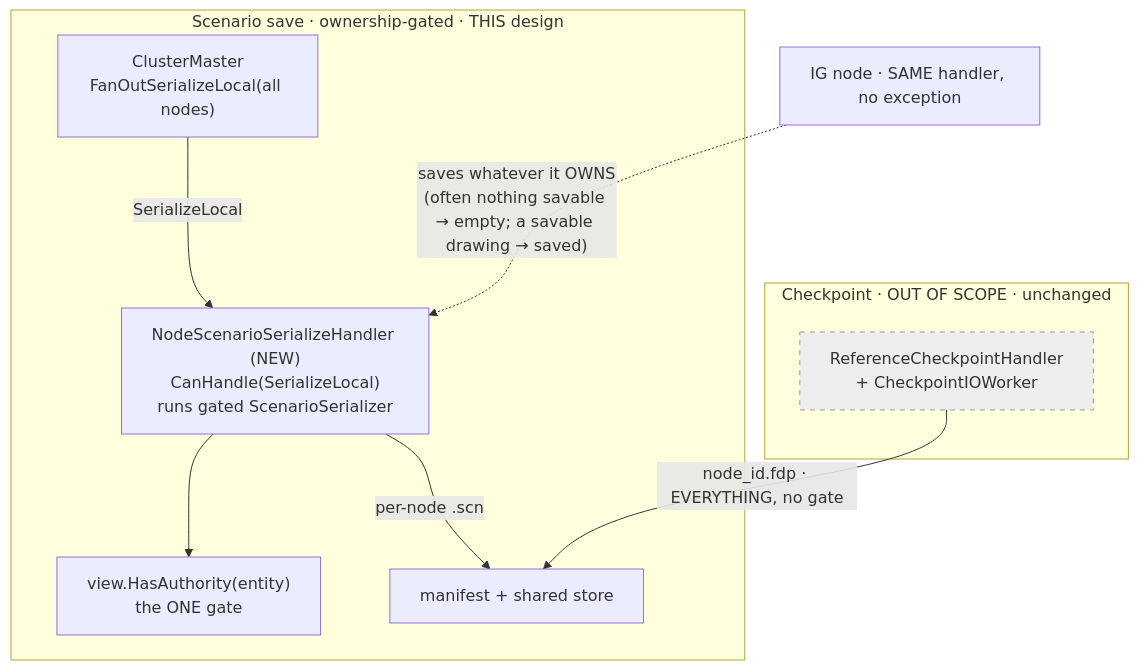
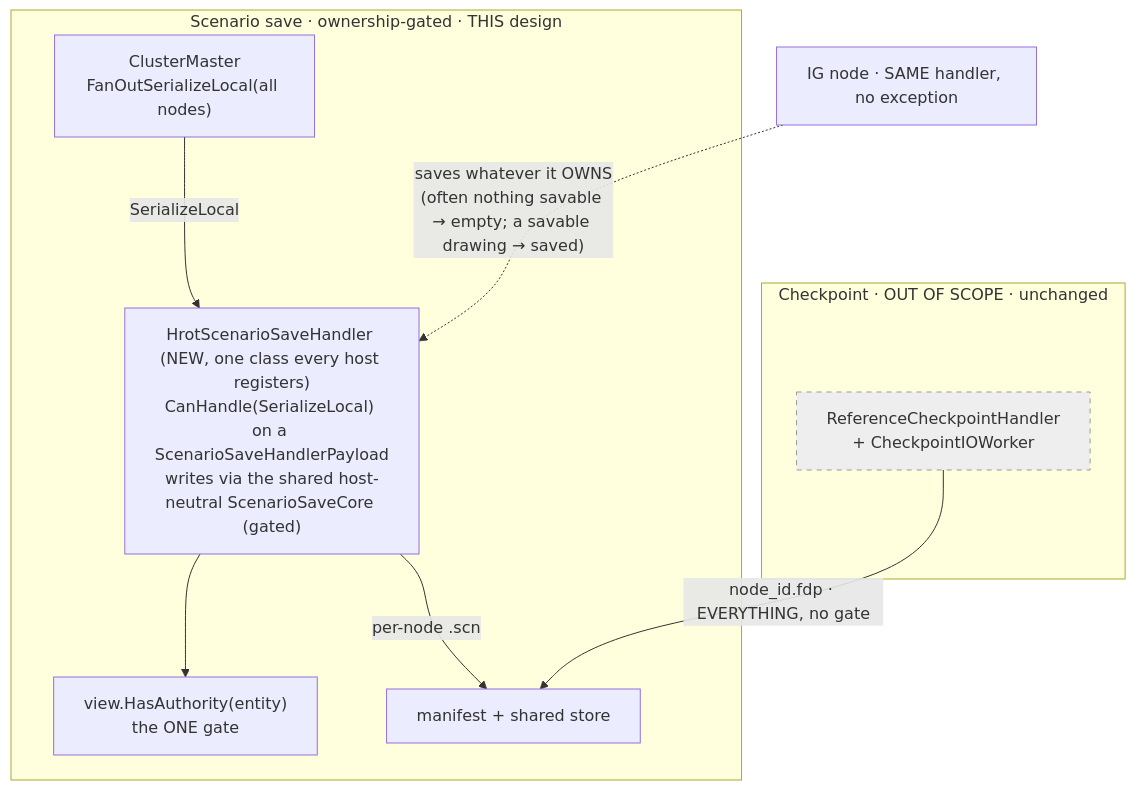
Before and after one commit to pjanec/HROT: the third of 4 diagrams in docs/DESIGN_Distributed_Scenario_Persistence.md, drawn with Mermaid. The commit also changed other lines of this file and 9 other files, not shown here.

First line of the commit message:
CE-275 Stage C2: unify scenario save on ONE host-neutral core; editor+CGF save via cluster

````diff
--- a/docs/DESIGN_Distributed_Scenario_Persistence.md
+++ b/docs/DESIGN_Distributed_Scenario_Persistence.md
@@ -224,17 +229,17 @@
 ```mermaid
 graph TD
     subgraph SGsave["Scenario save · ownership-gated · THIS design"]
       CM["ClusterMaster<br/>FanOutSerializeLocal(all nodes)"]
-      H["NodeScenarioSerializeHandler (NEW)<br/>CanHandle(SerializeLocal)<br/>runs gated ScenarioSerializer"]
+      H["HrotScenarioSaveHandler (NEW, one class every host registers)<br/>CanHandle(SerializeLocal) on a ScenarioSaveHandlerPayload<br/>writes via the shared host-neutral ScenarioSaveCore (gated)"]
       G["view.HasAuthority(entity)<br/>the ONE gate"]
       CM -->|SerializeLocal| H
       H --> G
       H -->|per-node .scn| NAS["manifest + shared store"]
     end
     subgraph SGcp["Checkpoint · OUT OF SCOPE · unchanged"]
       RC["ReferenceCheckpointHandler<br/>+ CheckpointIOWorker"]
       RC -->|"node_id.fdp · EVERYTHING, no gate"| NAS
     end
     IGX["IG node · SAME handler, no exception"] -. "saves whatever it OWNS<br/>(often nothing savable → empty; a savable drawing → saved)" .-> H
     style RC fill:#eee,stroke:#999,stroke-dasharray:5 5
 ```
````
